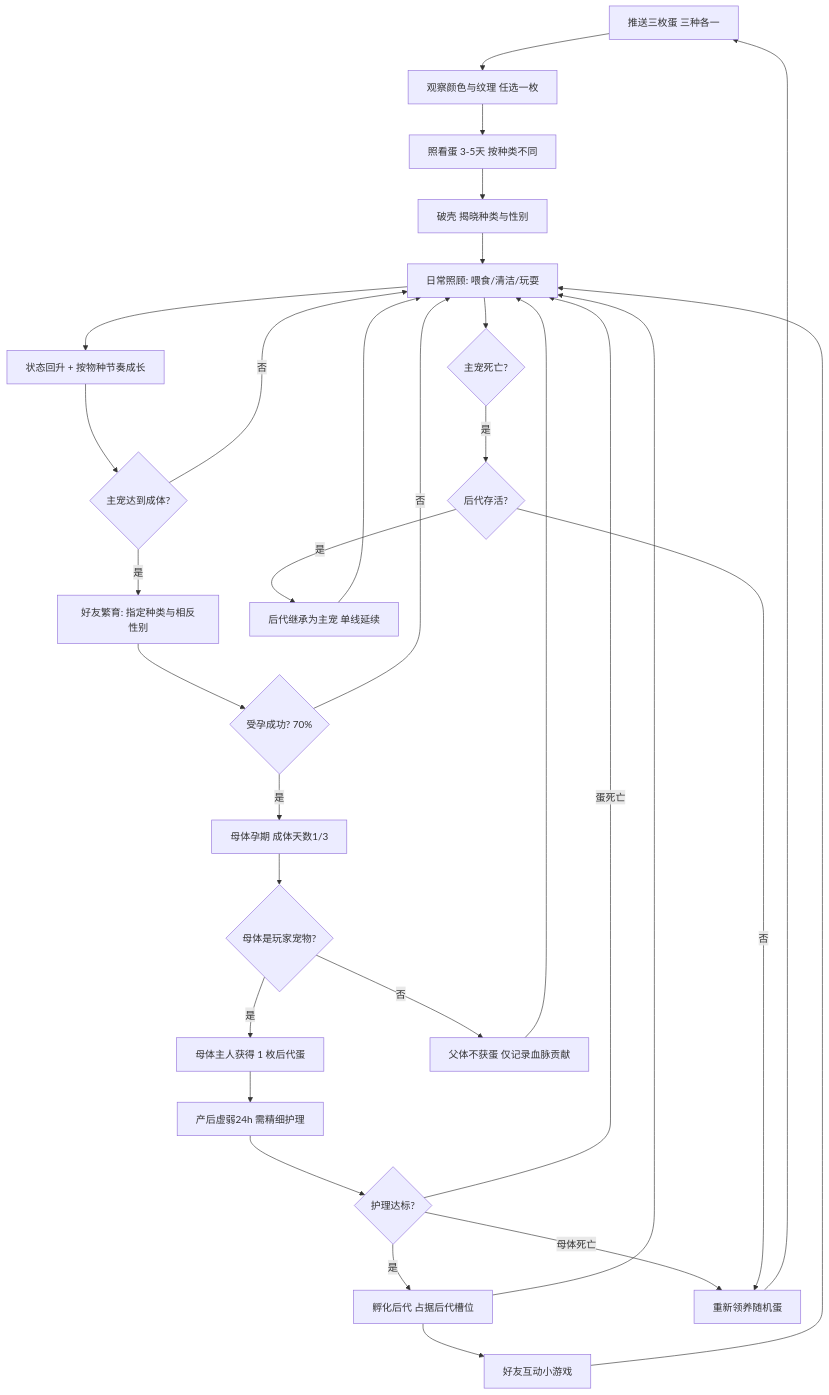
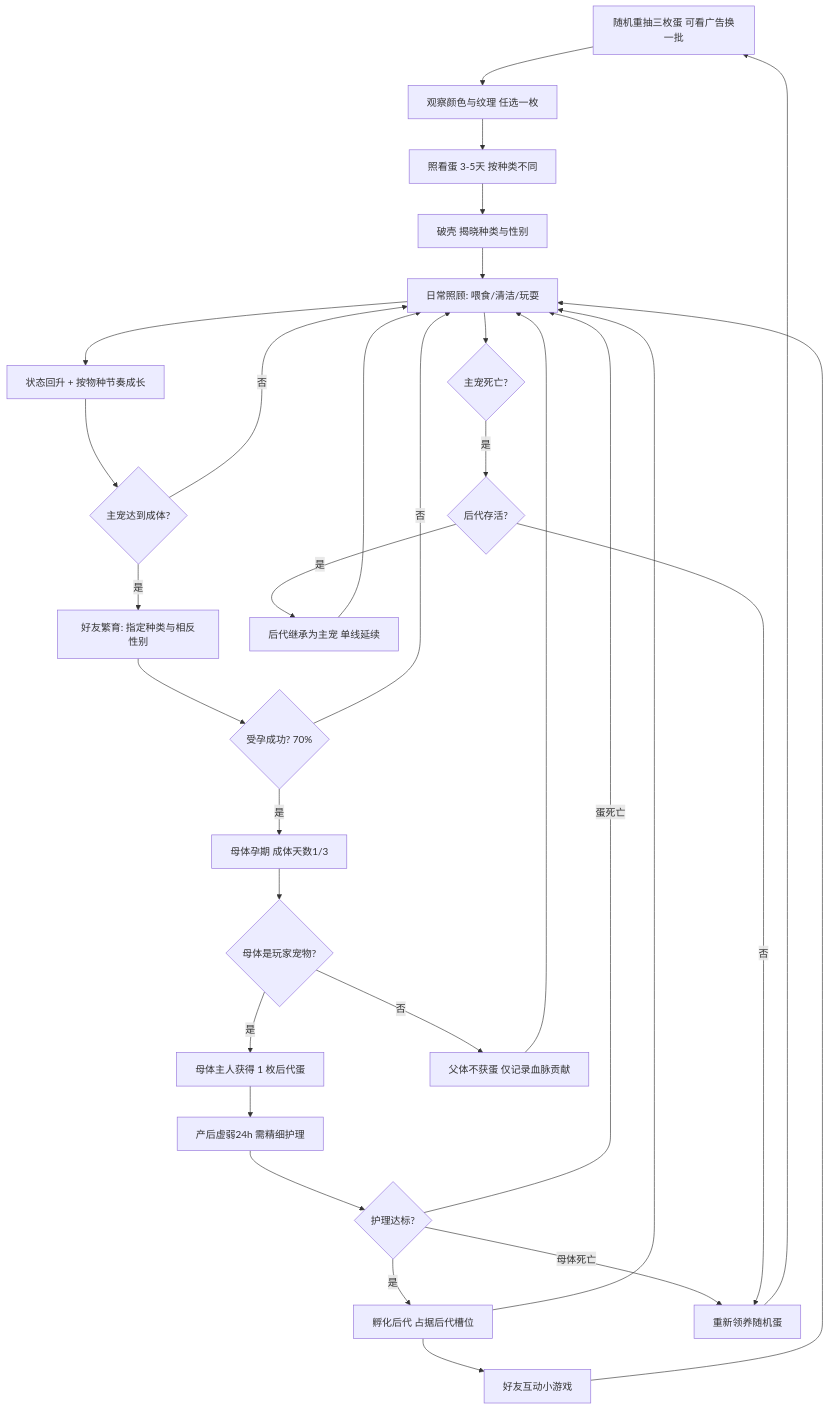
Before and after one commit to miniDesigner/CyberPet: the diagram in docs/游戏设计文档.md, drawn with Mermaid. The commit also changed other lines of this file and 11 other files, not shown here.

````diff
--- a/docs/游戏设计文档.md
+++ b/docs/游戏设计文档.md
@@ -52,32 +52,32 @@
 ```mermaid
 flowchart TD
-    A[推送三枚蛋 三种各一] --> B[观察颜色与纹理 任选一枚]
+    A[随机重抽三枚蛋 可看广告换一批] --> B[观察颜色与纹理 任选一枚]
     B --> C[照看蛋 3-5天 按种类不同]
     C --> D[破壳 揭晓种类与性别]
     D --> E[日常照顾: 喂食/清洁/玩耍]
     E --> F[状态回升 + 按物种节奏成长]
     F --> G{主宠达到成体?}
     G -->|否| E
     G -->|是| H[好友繁育: 指定种类与相反性别]
     H --> I{受孕成功? 70%}
     I -->|否| E
     I -->|是| J[母体孕期 成体天数1/3]
     J --> K{母体是玩家宠物?}
     K -->|是| L[母体主人获得 1 枚后代蛋]
     K -->|否| M[父体不获蛋 仅记录血脉贡献]
     M --> E
     L --> L2[产后虚弱24h 需精细护理]
     L2 --> L3{护理达标?}
     L3 -->|是| N[孵化后代 占据后代槽位]
     L3 -->|蛋死亡| E
     L3 -->|母体死亡| S
     N --> E
     N --> O[好友互动小游戏]
     O --> E
     E --> P{主宠死亡?}
     P -->|是| Q{后代存活?}
     Q -->|是| R[后代继承为主宠 单线延续]
     Q -->|否| S[重新领养随机蛋]
     R --> E
     S --> A
 ```
````
